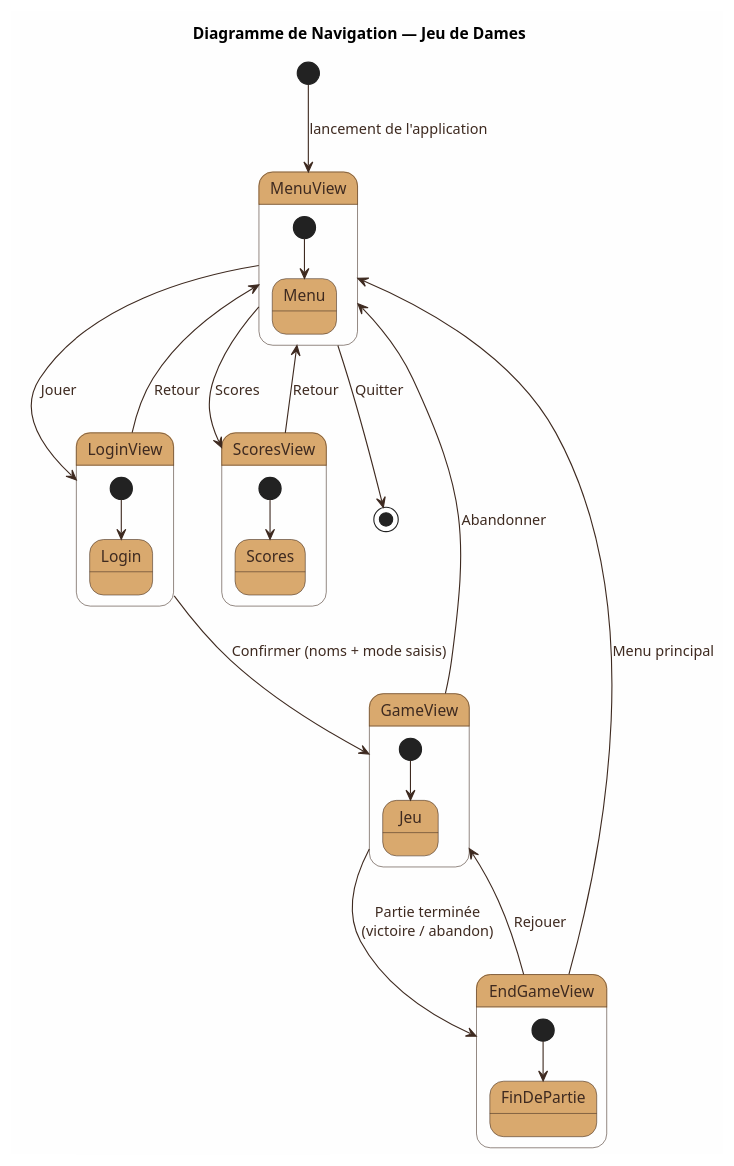
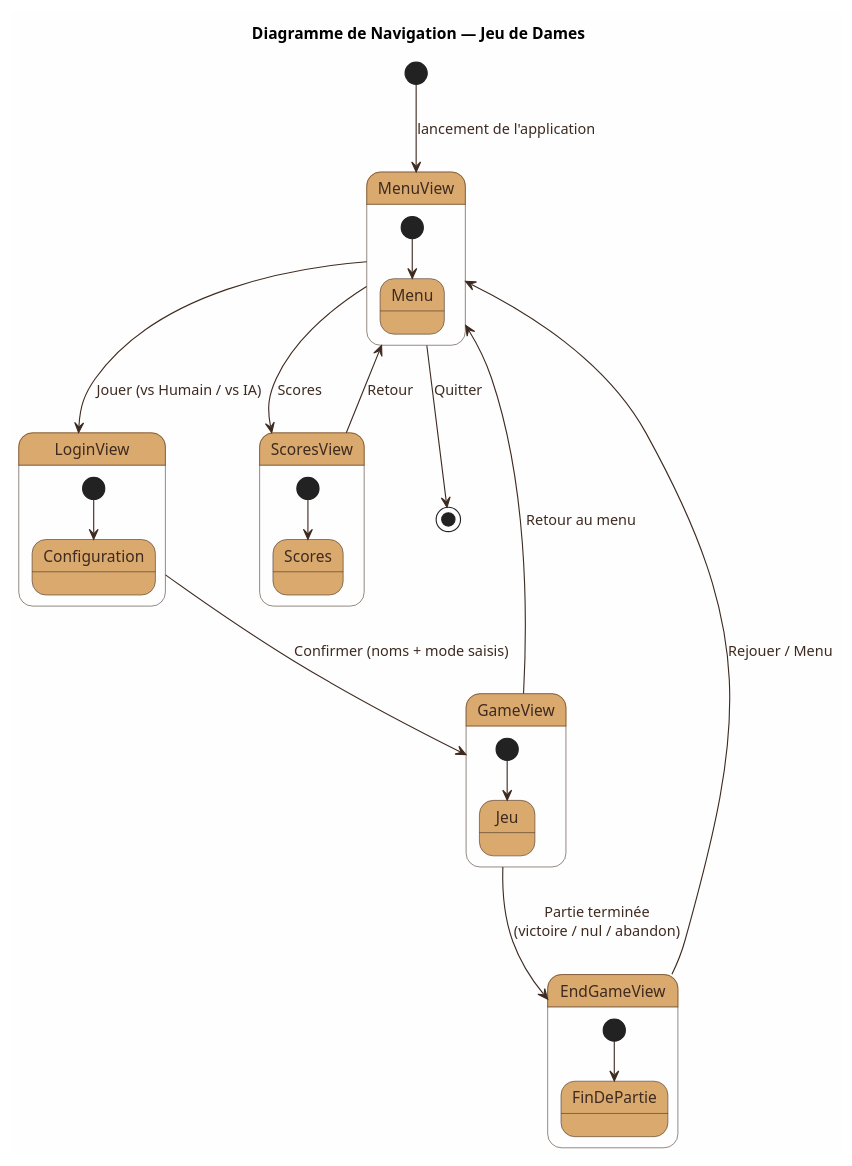
One commit to ismailgr10/JAVA_Game changed the diagram in doc/NavigationDiagram.puml. Above: the diagram before and after it, drawn with PlantUML. The commit also changed 36 other files, not shown here.

```diff
--- a/doc/NavigationDiagram.puml
+++ b/doc/NavigationDiagram.puml
@@ -1,50 +1,48 @@
 @startuml NavigationDiagram
 title Diagramme de Navigation — Jeu de Dames
 
 skinparam backgroundColor #FEFEFE
 skinparam state {
     BackgroundColor #D9A96E
     BorderColor #3E2A20
     FontColor #3E2A20
     ArrowColor #3E2A20
     ArrowFontColor #3E2A20
 }
 
 [*] --> MenuView : lancement de l'application
 
 state MenuView {
     [*] --> Menu
 }
 
 state LoginView {
-    [*] --> Login
+    [*] --> Configuration
 }
 
 state GameView {
     [*] --> Jeu
 }
 
 state ScoresView {
     [*] --> Scores
 }
 
 state EndGameView {
     [*] --> FinDePartie
 }
 
-MenuView --> LoginView       : Jouer
-MenuView --> ScoresView      : Scores
-MenuView --> [*]             : Quitter
+MenuView --> LoginView   : Jouer (vs Humain / vs IA)
+MenuView --> ScoresView  : Scores
+MenuView --> [*]         : Quitter
 
-LoginView --> MenuView       : Retour
-LoginView --> GameView       : Confirmer (noms + mode saisis)
+LoginView --> GameView   : Confirmer (noms + mode saisis)
 
-GameView --> EndGameView     : Partie terminée\n(victoire / abandon)
-GameView --> MenuView        : Abandonner
+GameView --> EndGameView : Partie terminée\n(victoire / nul / abandon)
+GameView --> MenuView    : Retour au menu
 
-EndGameView --> GameView     : Rejouer
-EndGameView --> MenuView     : Menu principal
+EndGameView --> MenuView : Rejouer / Menu
 
-ScoresView --> MenuView      : Retour
+ScoresView --> MenuView  : Retour
 
 @enduml
```
